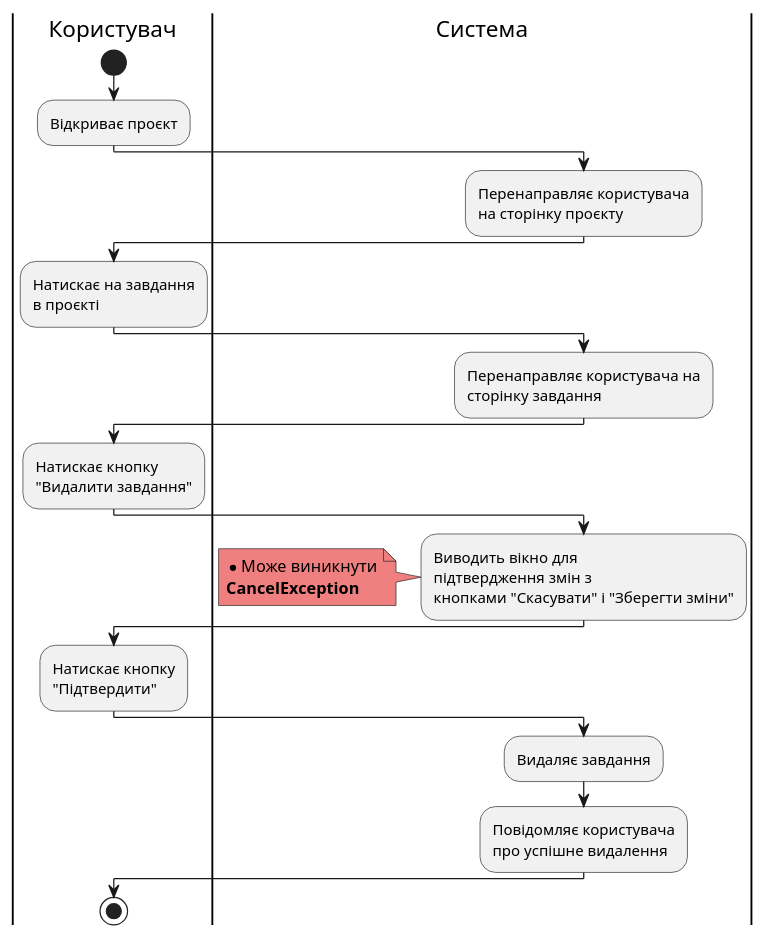
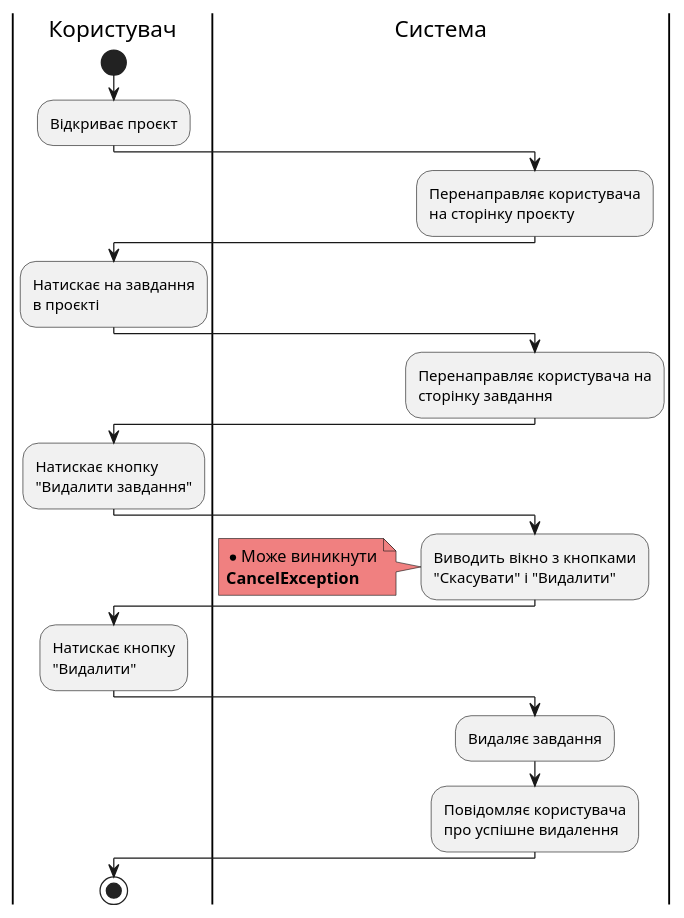
One commit to samoilenkomariia/db-coursework changed diagram 16 of 23 in docs/use cases/README.md. Above: the diagram before and after it, drawn with PlantUML. The commit also changed other lines of this file, not shown here.

```diff
--- a/docs/use cases/README.md
+++ b/docs/use cases/README.md
@@ -718,36 +711,36 @@
 @startuml
 
     |Користувач|
     start;
     :Відкриває проєкт;
         
     |Система|
     :Перенаправляє користувача\nна сторінку проєкту;
     
     |Користувач|
     :Натискає на завдання\nв проєкті;
 
     |Система|
     :Перенаправляє користувача на\nсторінку завдання;
     
     |Користувач|
     :Натискає кнопку\n"Видалити завдання";
 
     |Система|
-    :Виводить вікно для\nпідтвердження змін з\nкнопками "Скасувати" і "Зберегти зміни";
+    :Виводить вікно з кнопками\n"Скасувати" і "Видалити";
     note left #lightcoral
         * Може виникнути
         <b>CancelException</b>
     end note
 
     |Користувач|
-    :Натискає кнопку\n"Підтвердити";
+    :Натискає кнопку\n"Видалити";
    
     
     |Система|
     :Видаляє завдання;
     :Повідомляє користувача\nпро успішне видалення;
     
     |Користувач|
         stop;
 @enduml
```
